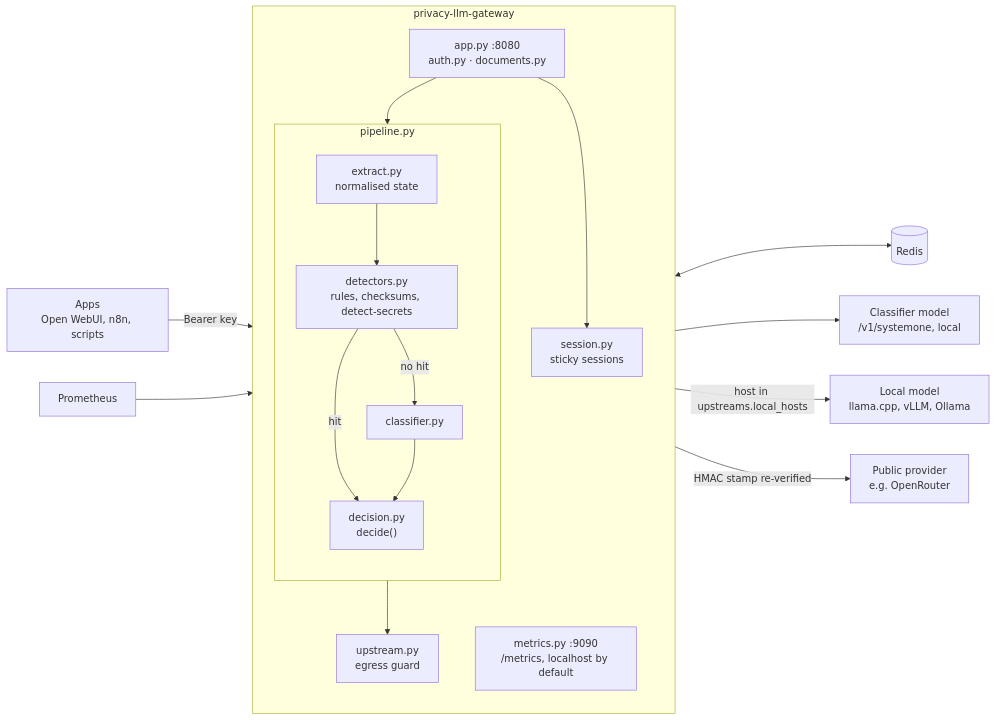
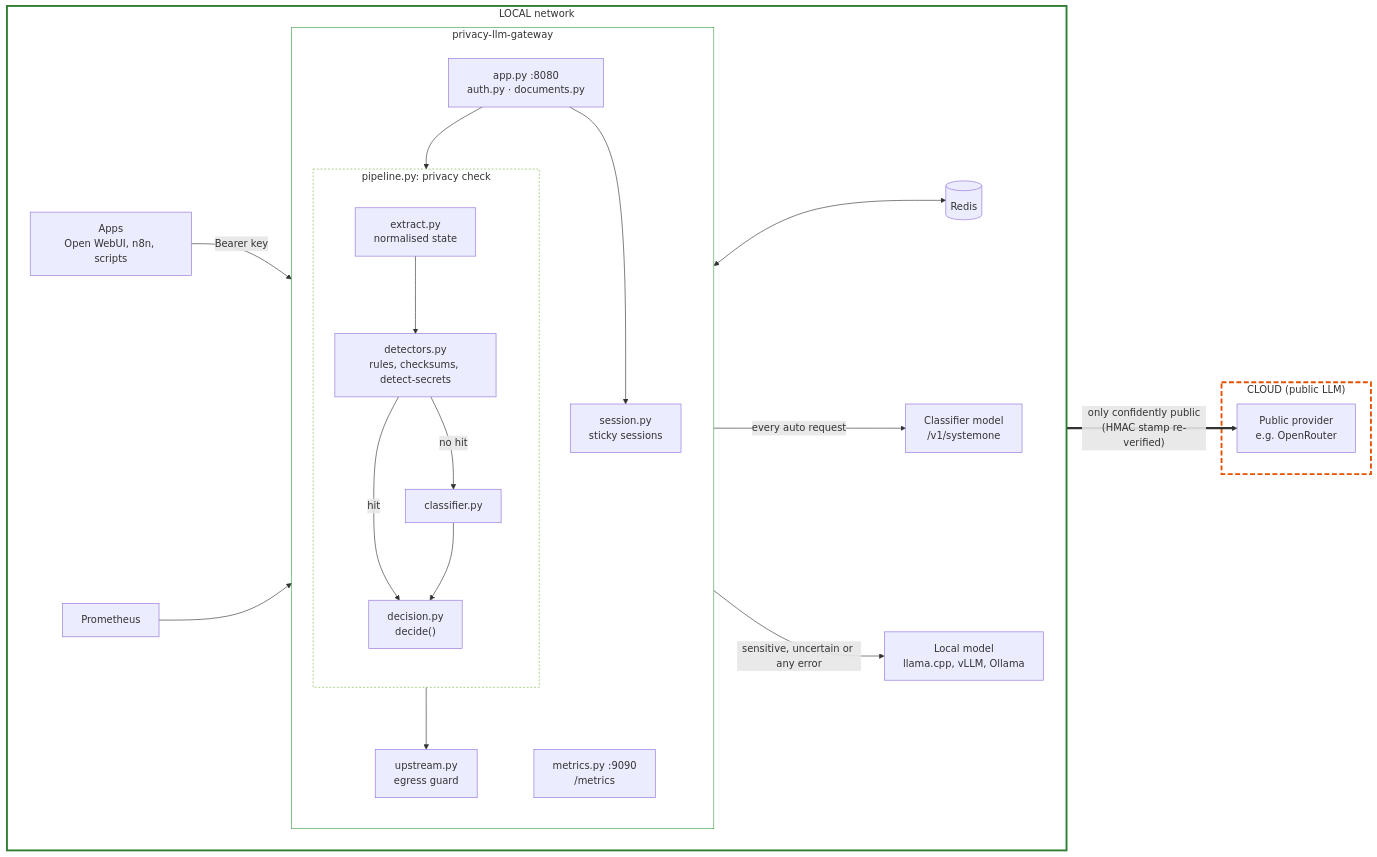
One commit to dkruyt/privacy-llm-gateway changed the diagram in README.md. Above: the diagram before and after it, drawn with Mermaid. The commit also changed other lines of this file, not shown here.

Commit message:
README: show the local / cloud boundary in the architecture diagram
The Mermaid diagram now has a green LOCAL zone (apps, gateway, Redis,
classifier, local model) and an orange dashed CLOUD zone (public provider).
Edge labels show what crosses the boundary: only confidently public requests.
Border-only styling so it reads in GitHub's light and dark themes.

````diff
--- a/README.md
+++ b/README.md
@@ -92,40 +92,51 @@
 ```mermaid
 flowchart LR
-    apps["Apps<br/>Open WebUI, n8n, scripts"]
-    prom["Prometheus"]
+    subgraph localnet["LOCAL network"]
+        direction LR
+        apps["Apps<br/>Open WebUI, n8n, scripts"]
+        prom["Prometheus"]
 
-    subgraph gw["privacy-llm-gateway"]
-        direction TB
-        api["app.py :8080<br/>auth.py · documents.py"]
-        session["session.py<br/>sticky sessions"]
-        subgraph pipe["pipeline.py"]
+        subgraph gw["privacy-llm-gateway"]
             direction TB
-            extract["extract.py<br/>normalised state"]
-            detect["detectors.py<br/>rules, checksums, detect-secrets"]
-            clf["classifier.py"]
-            decide["decision.py<br/>decide()"]
-            extract --> detect
-            detect -- "no hit" --> clf
-            detect -- "hit" --> decide
-            clf --> decide
+            api["app.py :8080<br/>auth.py · documents.py"]
+            session["session.py<br/>sticky sessions"]
+            subgraph pipe["pipeline.py: privacy check"]
+                direction TB
+                extract["extract.py<br/>normalised state"]
+                detect["detectors.py<br/>rules, checksums, detect-secrets"]
+                clf["classifier.py"]
+                decide["decision.py<br/>decide()"]
+                extract --> detect
+                detect -- "no hit" --> clf
+                detect -- "hit" --> decide
+                clf --> decide
+            end
+            up["upstream.py<br/>egress guard"]
+            metrics["metrics.py :9090<br/>/metrics"]
+
+            api --> session
+            api --> extract
+            decide --> up
         end
-        up["upstream.py<br/>egress guard"]
-        metrics["metrics.py :9090<br/>/metrics, localhost by default"]
 
-        api --> session
-        api --> extract
-        decide --> up
+        redis[("Redis")]
+        clfsrv["Classifier model<br/>/v1/systemone"]
+        local["Local model<br/>llama.cpp, vLLM, Ollama"]
     end
 
-    redis[("Redis")]
-    clfsrv["Classifier model<br/>/v1/systemone, local"]
-    local["Local model<br/>llama.cpp, vLLM, Ollama"]
-    public["Public provider<br/>e.g. OpenRouter"]
+    subgraph cloud["CLOUD (public LLM)"]
+        public["Public provider<br/>e.g. OpenRouter"]
+    end
 
     apps -- "Bearer key" --> api
     session <--> redis
-    clf --> clfsrv
-    up -- "host in upstreams.local_hosts" --> local
-    up -- "HMAC stamp re-verified" --> public
+    clf -- "every auto request" --> clfsrv
+    up -- "sensitive, uncertain or any error" --> local
+    up == "only confidently public<br/>(HMAC stamp re-verified)" ==> public
     prom --> metrics
+
+    style localnet fill:none,stroke:#2e7d32,stroke-width:3px
+    style cloud fill:none,stroke:#e65100,stroke-width:3px,stroke-dasharray:8 4
+    style gw fill:none,stroke:#43a047
+    style pipe fill:none,stroke:#7cb342,stroke-dasharray:3 3
 ```
````
